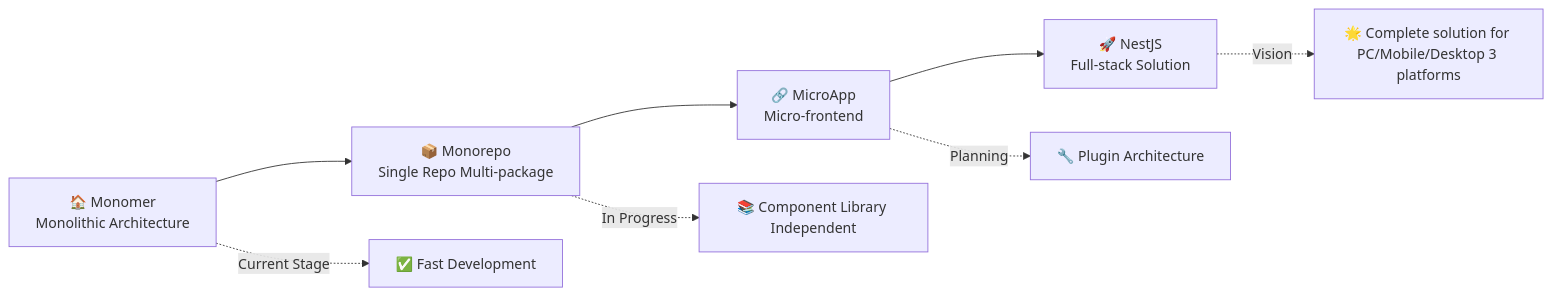
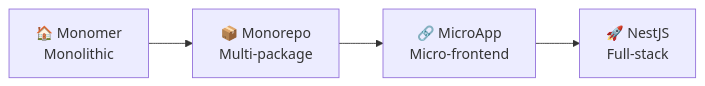
One commit to ShourGG/tailamianban changed the diagram in README_EN.md. Above: the diagram before and after it, drawn with Mermaid. The commit also changed other lines of this file, not shown here.

````diff
--- a/README_EN.md
+++ b/README_EN.md
@@ -400,11 +292,6 @@
 ```mermaid
 graph LR
-    A[🏠 Monomer<br/>Monolithic Architecture] --> B[📦 Monorepo<br/>Single Repo Multi-package]
+    A[🏠 Monomer<br/>Monolithic] --> B[📦 Monorepo<br/>Multi-package]
     B --> C[🔗 MicroApp<br/>Micro-frontend]
-    C --> D[🚀 NestJS<br/>Full-stack Solution]
-    
-    A -.->|Current Stage| E[✅ Fast Development]
-    B -.->|In Progress| F[📚 Component Library Independent]
-    C -.->|Planning| G[🔧 Plugin Architecture]
-    D -.->|Vision| H[🌟 Complete solution for PC/Mobile/Desktop 3 platforms]
+    C --> D[🚀 NestJS<br/>Full-stack]
 ```
````
